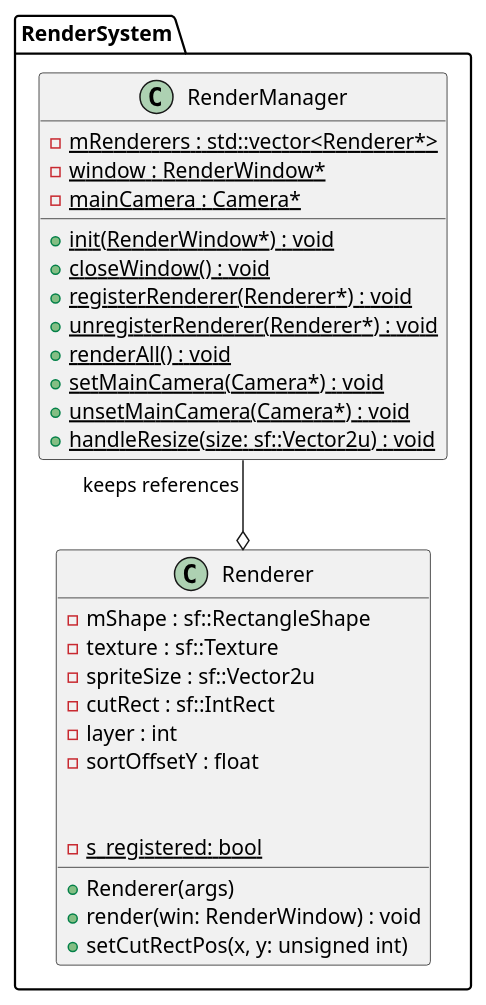
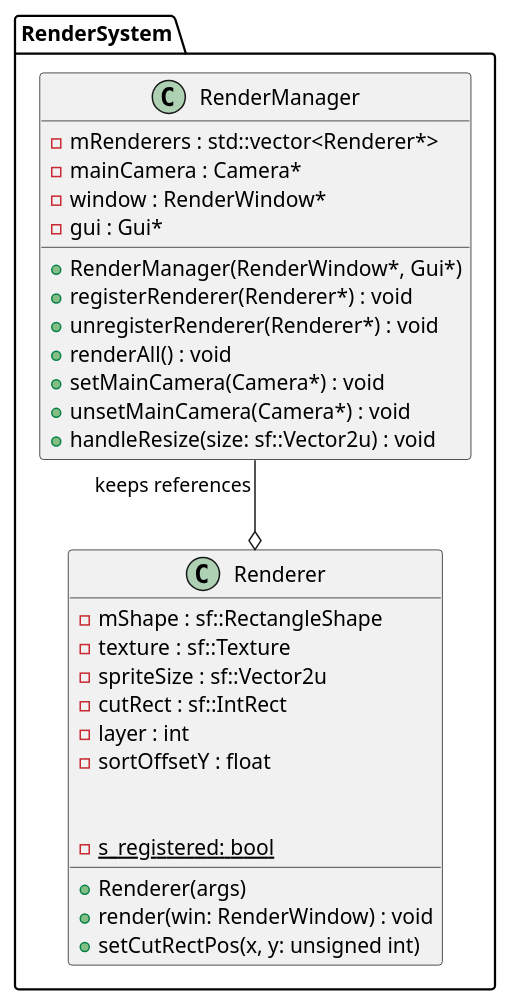
One commit to AntoFruch/PatternFactory changed the diagram in doc/uml/renderSystem.puml. Above: the diagram before and after it, drawn with PlantUML. The commit also changed 6 other files, not shown here.

Commit message:
class diagrams and mirroring gitlab config file

```diff
--- a/doc/uml/renderSystem.puml
+++ b/doc/uml/renderSystem.puml
@@ -1,36 +1,36 @@
 @startuml renderSystem
 
 namespace RenderSystem {
     class RenderManager{
-        - {static} mRenderers : std::vector<Renderer*>
-        - {static} window : RenderWindow*
-        - {static} mainCamera : Camera*
+        - mRenderers : std::vector<Renderer*>
+        - mainCamera : Camera*
+        - window : RenderWindow*
+        - gui : Gui*
 
-        + {static} init(RenderWindow*) : void
-        + {static} closeWindow() : void
-        + {static} registerRenderer(Renderer*) : void
-        + {static} unregisterRenderer(Renderer*) : void
-        + {static} renderAll() : void
-        + {static} setMainCamera(Camera*) : void
-        + {static} unsetMainCamera(Camera*) : void
-        + {static} handleResize(size: sf::Vector2u) : void
+        + RenderManager(RenderWindow*, Gui*)
+        + registerRenderer(Renderer*) : void
+        + unregisterRenderer(Renderer*) : void
+        + renderAll() : void
+        + setMainCamera(Camera*) : void
+        + unsetMainCamera(Camera*) : void
+        + handleResize(size: sf::Vector2u) : void
     }
 
     class Renderer{
         - mShape : sf::RectangleShape
         - texture : sf::Texture
         - spriteSize : sf::Vector2u
         - cutRect : sf::IntRect
         - layer : int
         - sortOffsetY : float
 
         + Renderer(args)
         + render(win: RenderWindow) : void
         + setCutRectPos(x, y: unsigned int)
 
         - {static} s_registered: bool
     }
 
     RenderManager "keeps references"--o Renderer
 }
 @enduml
```
